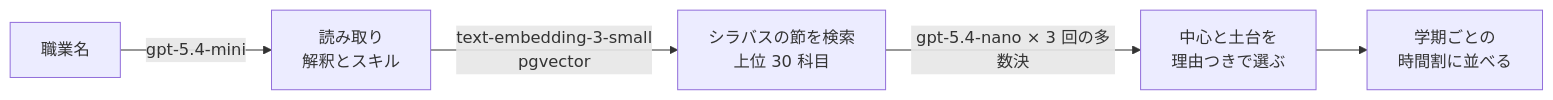
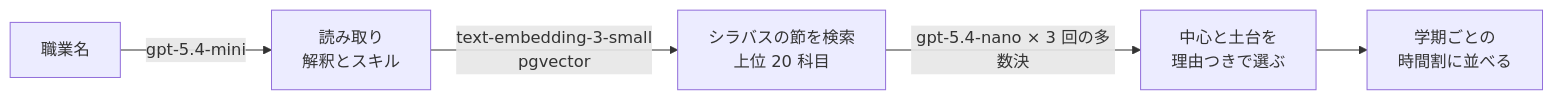
Before and after one commit to h11roki/Shirube: the second of 2 diagrams in README.md, drawn with Mermaid. The commit also changed other lines of this file and 1 other file, not shown here.

````diff
--- a/README.md
+++ b/README.md
@@ -71,7 +71,7 @@
 ```mermaid
 flowchart LR
   J[職業名] -->|gpt-5.4-mini| R[読み取り<br/>解釈とスキル]
-  R -->|text-embedding-3-small<br/>pgvector| S[シラバスの節を検索<br/>上位 30 科目]
+  R -->|text-embedding-3-small<br/>pgvector| S[シラバスの節を検索<br/>上位 20 科目]
   S -->|gpt-5.4-nano × 3 回の多数決| C[中心と土台を<br/>理由つきで選ぶ]
   C --> T[学期ごとの<br/>時間割に並べる]
 ```
````
